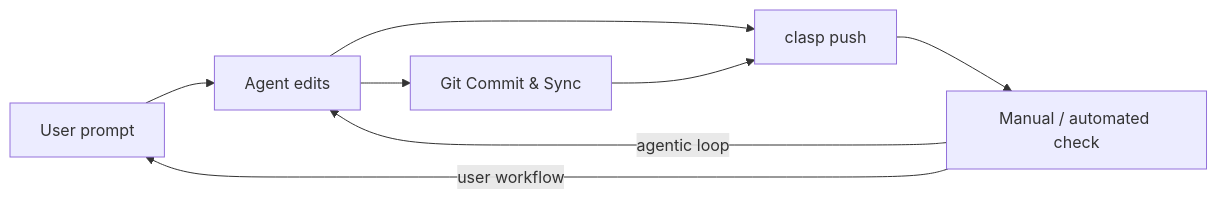
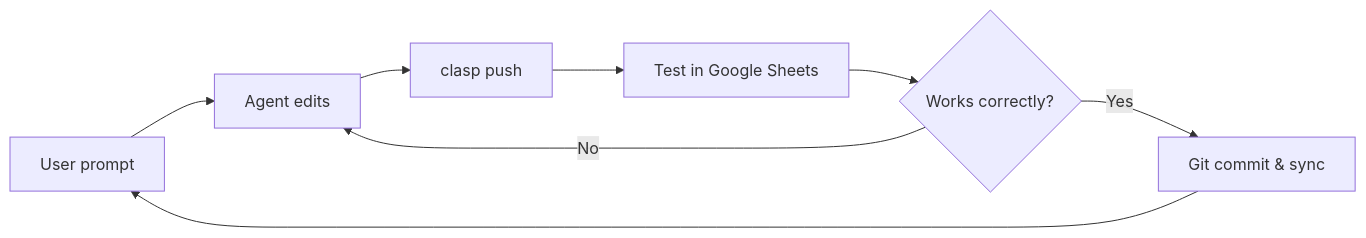
The second of 2 diagrams in agentic/04-apps-script-clasp-sheets.md (3strategy/BeautifulMivney), drawn with Mermaid before and after one commit. The commit also changed other lines of this file and 11 other files, not shown here.

````diff
--- a/agentic/04-apps-script-clasp-sheets.md
+++ b/agentic/04-apps-script-clasp-sheets.md
@@ -39,11 +41,14 @@
 ```mermaid
 flowchart LR
-    X["User prompt"]
-    X --> E["Agent edits"]
-    E --> F["Git Commit & Sync"]
+    X["User prompt"] --> E["Agent edits"]
+
     E --> G["clasp push"]
-    F --> G
-    G --> H["Manual / automated check"]
-    H --> |agentic loop| E
-    H --> |user workflow| X
+    G --> H["Test in Google Sheets"]
+
+    H --> D{"Works correctly?"}
+
+    D -->|No| E
+    D -->|Yes| F["Git commit & sync"]
+
+    F --> X
 ```
````
